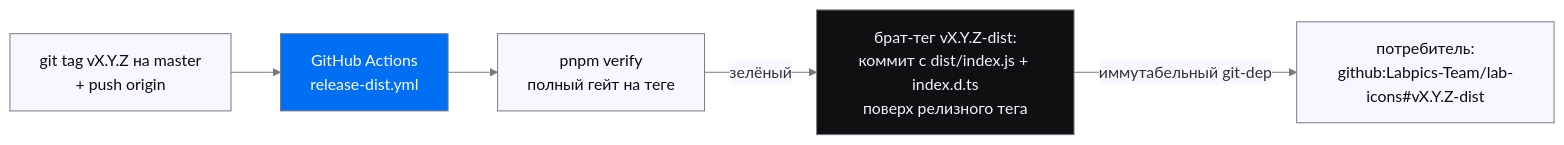
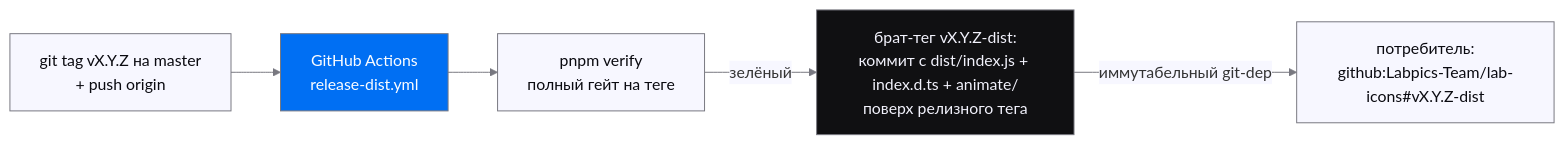
One commit to Labpics-Team/lab-icons changed the second of 2 diagrams in README.md. Above: the diagram before and after it, drawn with Mermaid. The commit also changed other lines of this file, not shown here.

Commit message:
docs(README): актуализация после #56/#57 — CI-паритет гейтов и dist/animate в -dist теге

````diff
--- a/README.md
+++ b/README.md
@@ -163,20 +166,20 @@
 ```mermaid
 %%{init: {'theme':'base','themeVariables':{
   'lineColor':'#787880','textColor':'#0A0A10',
   'edgeLabelBackground':'#F7F7FF',
   'clusterBkg':'transparent','clusterBorder':'#787880'
 }}}%%
 flowchart LR
   TAG["git tag vX.Y.Z на master<br/>+ push origin"]:::node
   WF["GitHub Actions<br/>release-dist.yml"]:::accent
   VG["pnpm verify<br/>полный гейт на теге"]:::node
-  DT["брат-тег vX.Y.Z-dist:<br/>коммит с dist/index.js + index.d.ts<br/>поверх релизного тега"]:::dark
+  DT["брат-тег vX.Y.Z-dist:<br/>коммит с dist/index.js + index.d.ts + animate/<br/>поверх релизного тега"]:::dark
   CON["потребитель:<br/>github:Labpics-Team/lab-icons#vX.Y.Z-dist"]:::node
   TAG --> WF
   WF --> VG
   VG -- "зелёный" --> DT
   DT -- "иммутабельный git-dep" --> CON
   classDef node fill:#F7F7FF,stroke:#787880,color:#0A0A10
   classDef accent fill:#006FF3,stroke:#787880,color:#FCFDFF
   classDef dark fill:#101012,stroke:#787880,color:#F2F2FC
 ```
````
